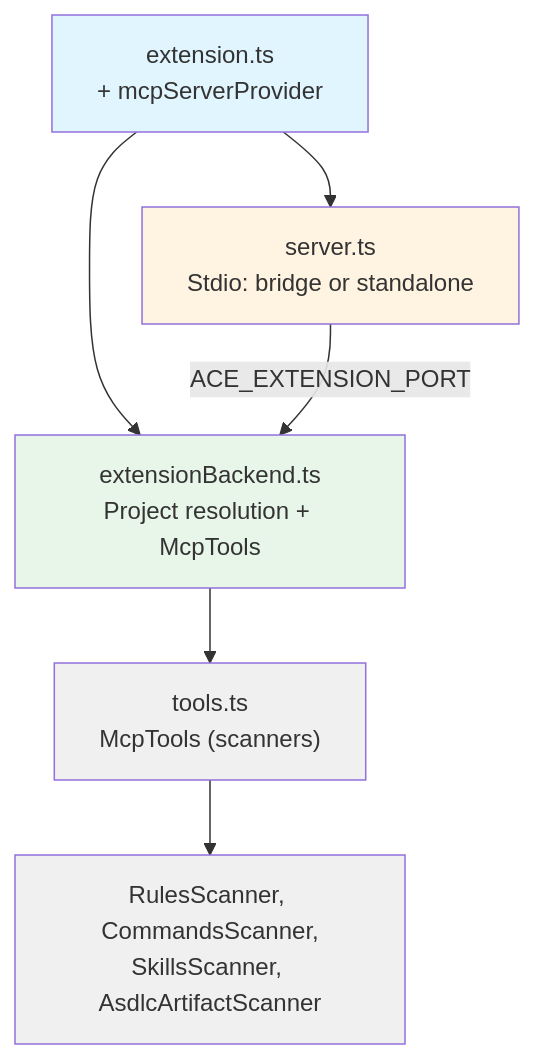
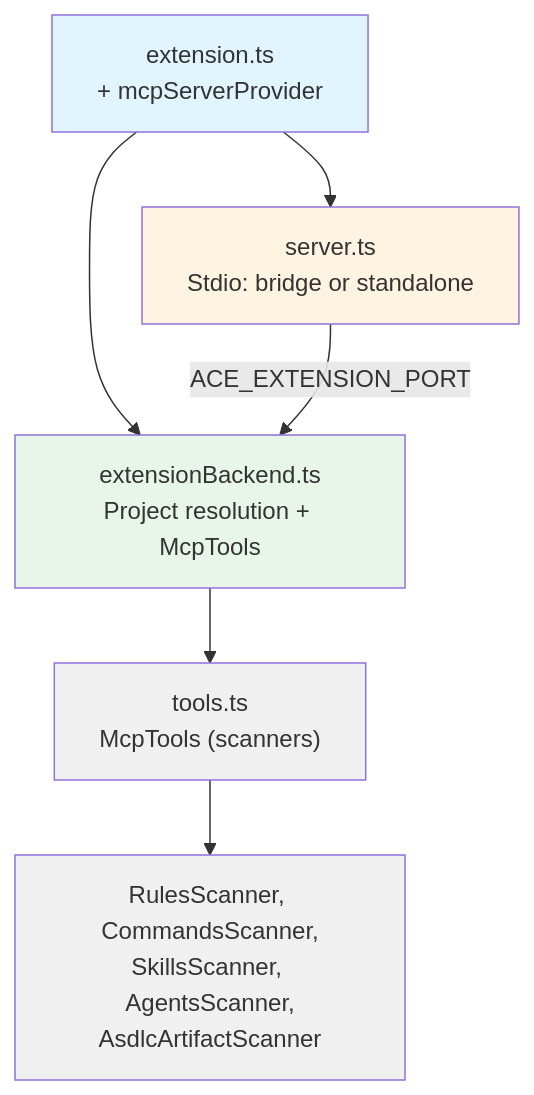
Before and after one commit to fancy-bread/agent-context-explorer: the diagram in specs/mcp/spec.md, drawn with Mermaid. The commit also changed other lines of this file and 6 other files, not shown here.

````diff
--- a/specs/mcp/spec.md
+++ b/specs/mcp/spec.md
@@ -32,20 +32,20 @@
 ```mermaid
 graph TB
     Extension["extension.ts<br/>+ mcpServerProvider"]
     Backend["extensionBackend.ts<br/>Project resolution + McpTools"]
     Server["server.ts<br/>Stdio: bridge or standalone"]
     Tools["tools.ts<br/>McpTools (scanners)"]
-    Scanners["RulesScanner, CommandsScanner,<br/>SkillsScanner, AsdlcArtifactScanner"]
+    Scanners["RulesScanner, CommandsScanner,<br/>SkillsScanner, AgentsScanner,<br/>AsdlcArtifactScanner"]
     
     Extension --> Backend
     Extension --> Server
     Server -->|ACE_EXTENSION_PORT| Backend
     Backend --> Tools
     Tools --> Scanners
     
     style Extension fill:#e1f5ff
     style Backend fill:#e8f5e9
     style Server fill:#fff4e1
     style Tools fill:#f0f0f0
     style Scanners fill:#f0f0f0
 ```
````
